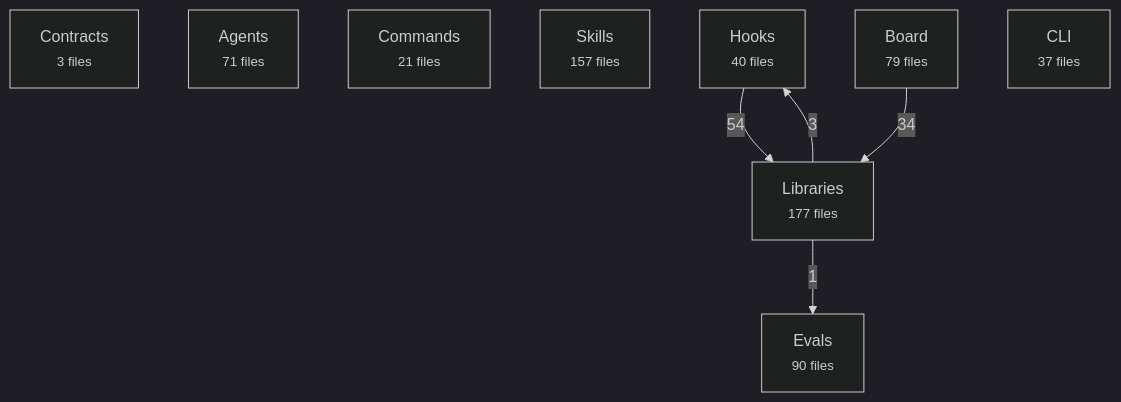
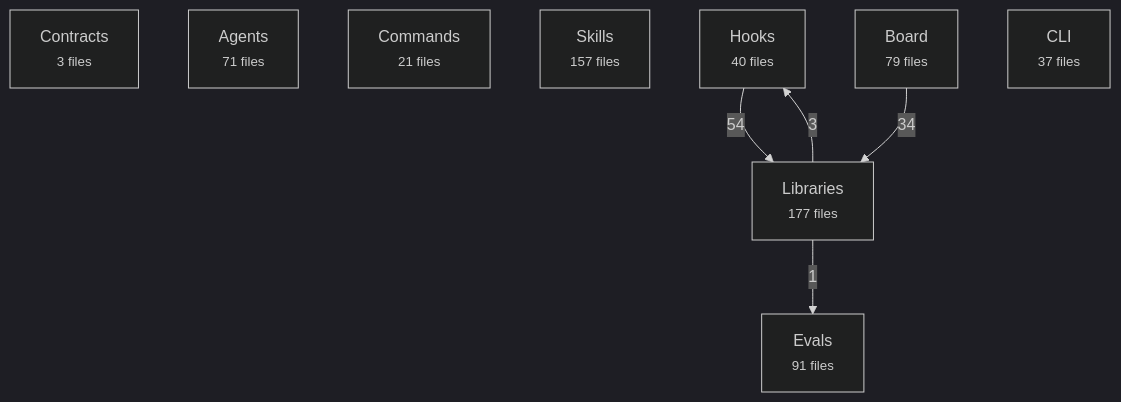
One commit to avelikiy/great_cto changed the first of 2 diagrams in docs/reference/architecture-map.md. Above: the diagram before and after it, drawn with Mermaid (dark theme). The commit also changed other lines of this file, not shown here.

Commit message:
docs: regenerate the architecture map after the merges

````diff
--- a/docs/reference/architecture-map.md
+++ b/docs/reference/architecture-map.md
@@ -20,16 +20,16 @@
 ```mermaid
 flowchart TD
   contracts["Contracts<br/><small>3 files</small>"]
   agents["Agents<br/><small>71 files</small>"]
   commands["Commands<br/><small>21 files</small>"]
   skills["Skills<br/><small>157 files</small>"]
   hooks["Hooks<br/><small>40 files</small>"]
   libs["Libraries<br/><small>177 files</small>"]
   board["Board<br/><small>79 files</small>"]
   cli["CLI<br/><small>37 files</small>"]
-  evals["Evals<br/><small>90 files</small>"]
+  evals["Evals<br/><small>91 files</small>"]
   hooks -->|54| libs
   board -->|34| libs
   libs -->|3| hooks
   libs -->|1| evals
 ```
````
